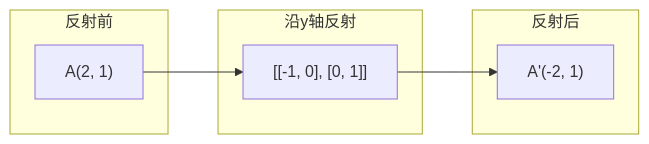
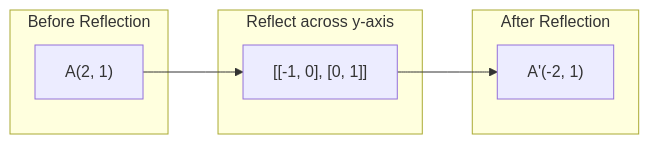
One commit to xiaojiaenen/ai-engineering-from-scratch-zh changed the fifth of 7 diagrams in i18n/zh/phases/01-math-foundations/03-matrix-transformations/docs/zh.md. Above: the diagram before and after it, drawn with Mermaid. The commit also changed other lines of this file and 22 other files, not shown here.

````diff
--- a/i18n/zh/phases/01-math-foundations/03-matrix-transformations/docs/zh.md
+++ b/i18n/zh/phases/01-math-foundations/03-matrix-transformations/docs/zh.md
@@ -133,13 +133,13 @@
 ```mermaid
 graph LR
-    subgraph Before["反射前"]
+    subgraph Before["Before Reflection"]
         A["A(2, 1)"]
     end
-    subgraph Reflect["沿y轴反射"]
+    subgraph Reflect["Reflect across y-axis"]
         R["[[-1, 0], [0, 1]]"]
     end
-    subgraph After["反射后"]
+    subgraph After["After Reflection"]
         Ap["A'(-2, 1)"]
     end
     A --> R --> Ap
 ```
````
